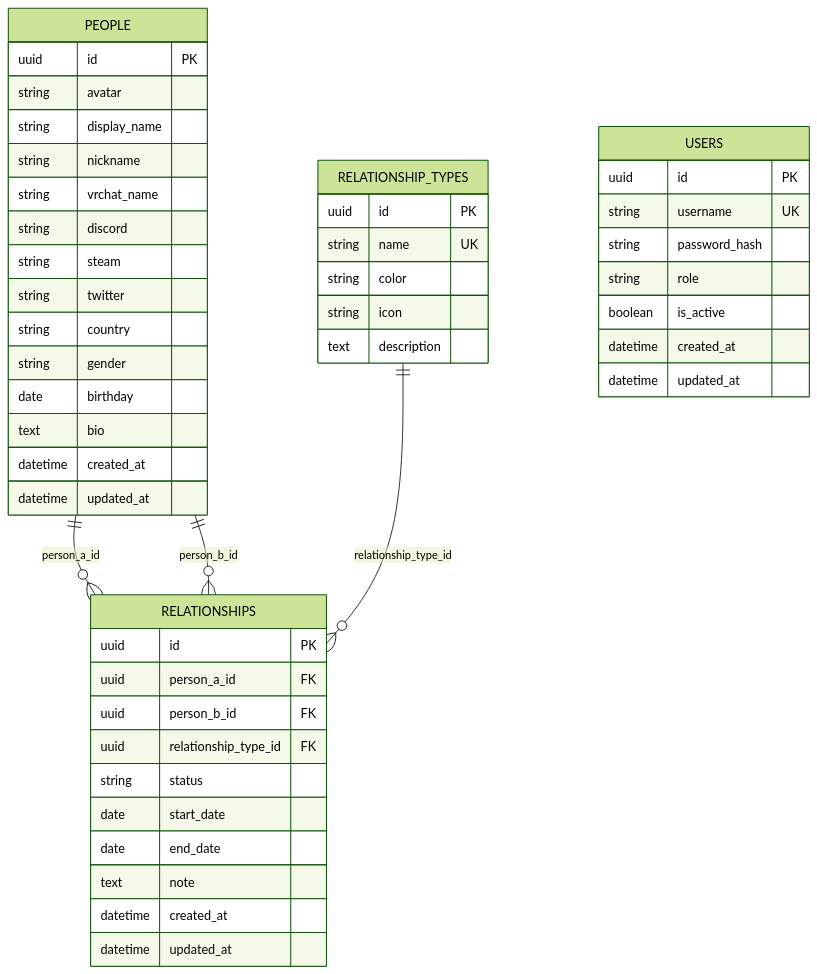
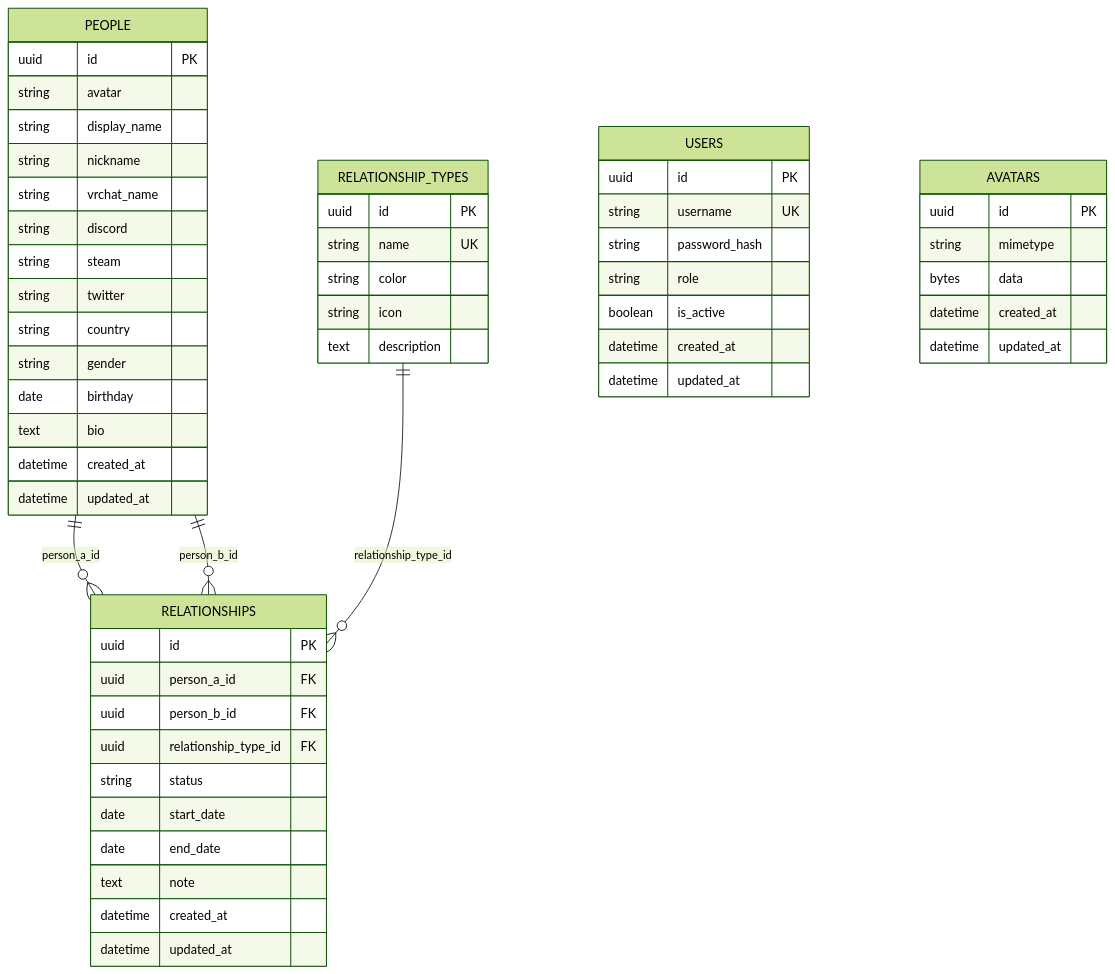
One commit to PBEW/relationship-graph changed the diagram in relationship-graph/database/README.md. Above: the diagram before and after it, drawn with Mermaid (forest theme). The commit also changed other lines of this file and 32 other files, not shown here.

````diff
--- a/relationship-graph/database/README.md
+++ b/relationship-graph/database/README.md
@@ -7,54 +7,62 @@
 ```mermaid
 erDiagram
     PEOPLE ||--o{ RELATIONSHIPS : "person_a_id"
     PEOPLE ||--o{ RELATIONSHIPS : "person_b_id"
     RELATIONSHIP_TYPES ||--o{ RELATIONSHIPS : "relationship_type_id"
 
     USERS {
         uuid id PK
         string username UK
         string password_hash
         string role
         boolean is_active
+        datetime created_at
+        datetime updated_at
+    }
+
+    AVATARS {
+        uuid id PK
+        string mimetype
+        bytes data
         datetime created_at
         datetime updated_at
     }
 
     PEOPLE {
         uuid id PK
         string avatar
         string display_name
         string nickname
         string vrchat_name
         string discord
         string steam
         string twitter
         string country
         string gender
         date birthday
         text bio
         datetime created_at
         datetime updated_at
     }
 
     RELATIONSHIP_TYPES {
         uuid id PK
         string name UK
         string color
         string icon
         text description
     }
 
     RELATIONSHIPS {
         uuid id PK
         uuid person_a_id FK
         uuid person_b_id FK
         uuid relationship_type_id FK
         string status
         date start_date
         date end_date
         text note
         datetime created_at
         datetime updated_at
     }
 ```
````
